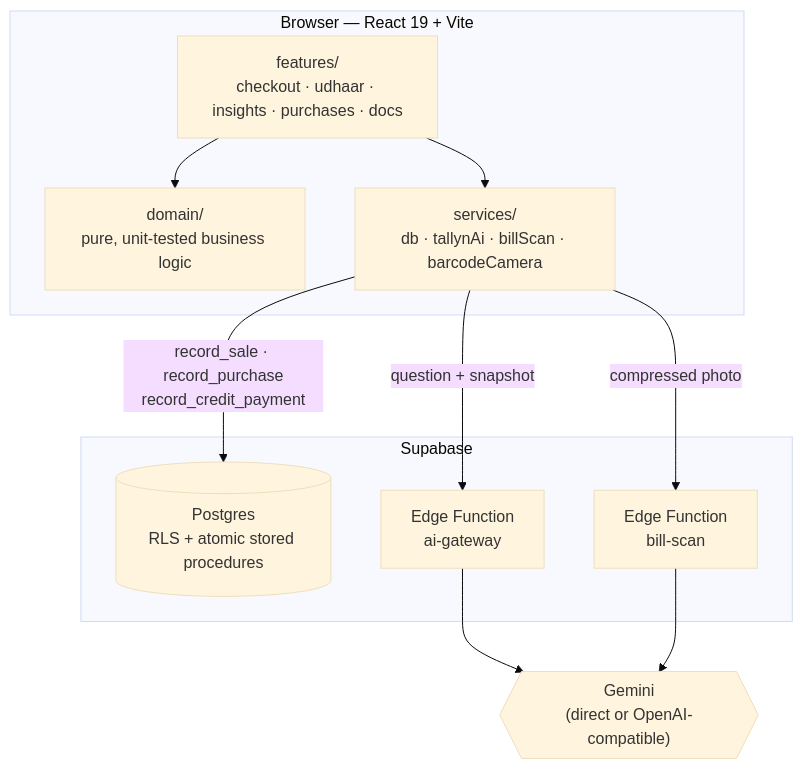
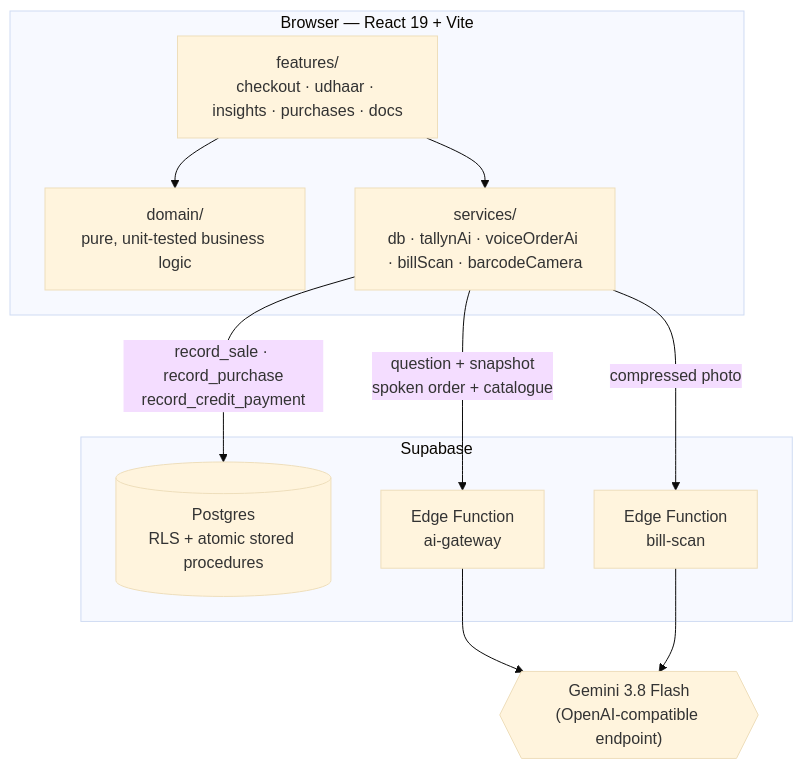
One commit to Novelty-byte/Tallyn changed the second of 4 diagrams in README.md. Above: the diagram before and after it, drawn with Mermaid (base theme). The commit also changed other lines of this file and 26 other files, not shown here.

Commit message:
UPD: Checkout, .env, Tallyn AI, Bill-scan etc.

````diff
--- a/README.md
+++ b/README.md
@@ -144,20 +149,20 @@
 ```mermaid
 flowchart TB
     subgraph Browser["Browser — React 19 + Vite"]
         F["features/<br/>checkout · udhaar · insights · purchases · docs"]
         D["domain/<br/>pure, unit-tested business logic"]
-        SV["services/<br/>db · tallynAi · billScan · barcodeCamera"]
+        SV["services/<br/>db · tallynAi · voiceOrderAi · billScan · barcodeCamera"]
         F --> D
         F --> SV
     end
     subgraph Supabase
         PG[("Postgres<br/>RLS + atomic stored procedures")]
         AG["Edge Function<br/>ai-gateway"]
         BS["Edge Function<br/>bill-scan"]
     end
     SV -->|"record_sale · record_purchase<br/>record_credit_payment"| PG
-    SV -->|question + snapshot| AG
+    SV -->|"question + snapshot<br/>spoken order + catalogue"| AG
     SV -->|compressed photo| BS
-    AG --> LLM{{"Gemini<br/>(direct or OpenAI-compatible)"}}
+    AG --> LLM{{"Gemini 3.8 Flash<br/>(OpenAI-compatible endpoint)"}}
     BS --> LLM
 ```
````
